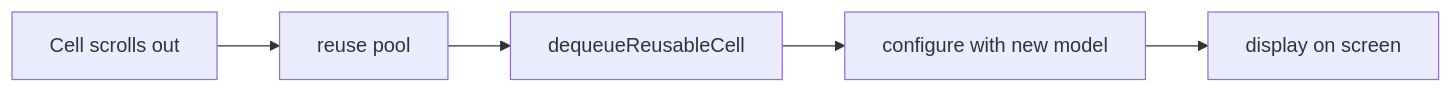
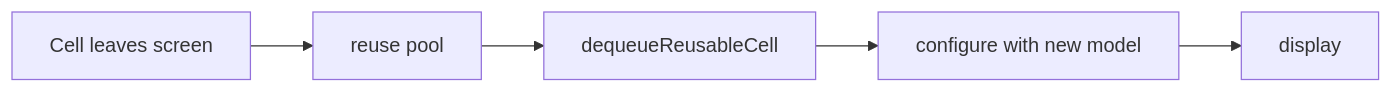
The second of 4 diagrams in _posts/2026-06-15-ios-uikit.md (YawZhang/blob), drawn with Mermaid before and after one commit. The commit also changed other lines of this file, not shown here.

````diff
--- a/_posts/2026-06-15-ios-uikit.md
+++ b/_posts/2026-06-15-ios-uikit.md
@@ -331,7 +609,7 @@
 ```mermaid
 flowchart LR
-    A["Cell scrolls out"] --> B["reuse pool"]
+    A["Cell leaves screen"] --> B["reuse pool"]
     B --> C["dequeueReusableCell"]
     C --> D["configure with new model"]
-    D --> E["display on screen"]
+    D --> E["display"]
 ```
````
